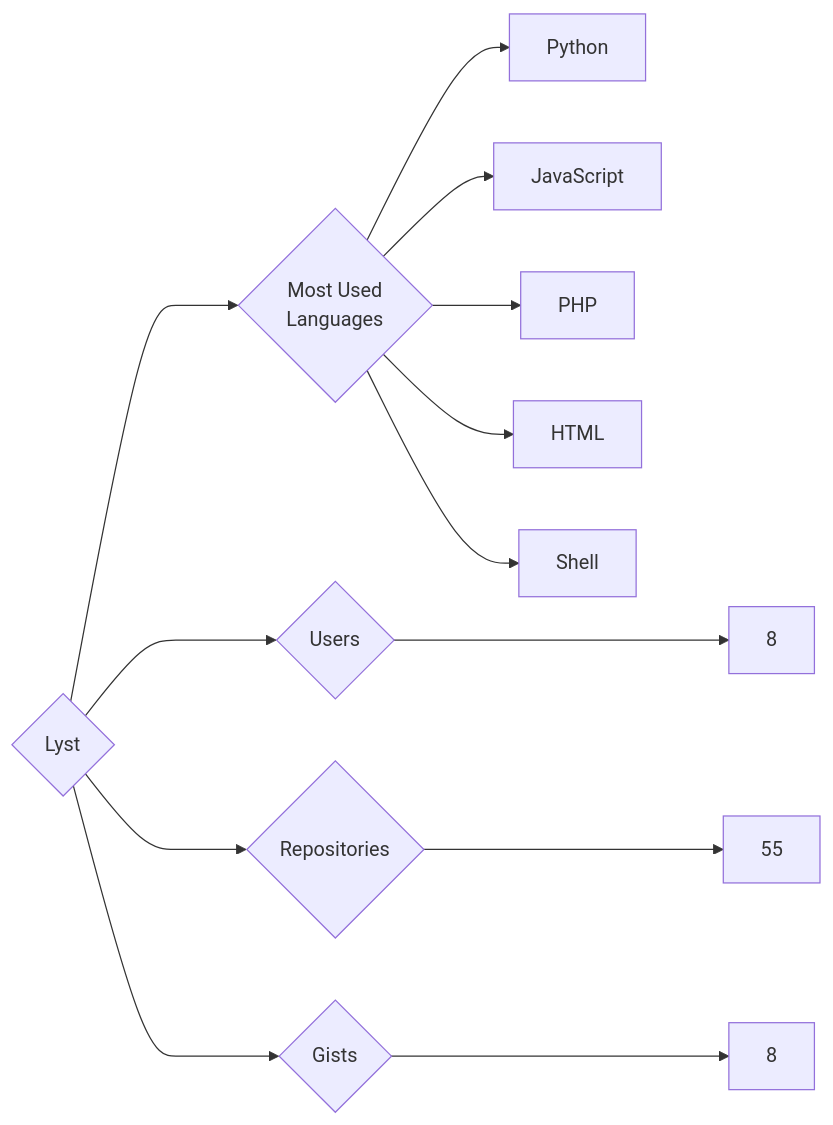
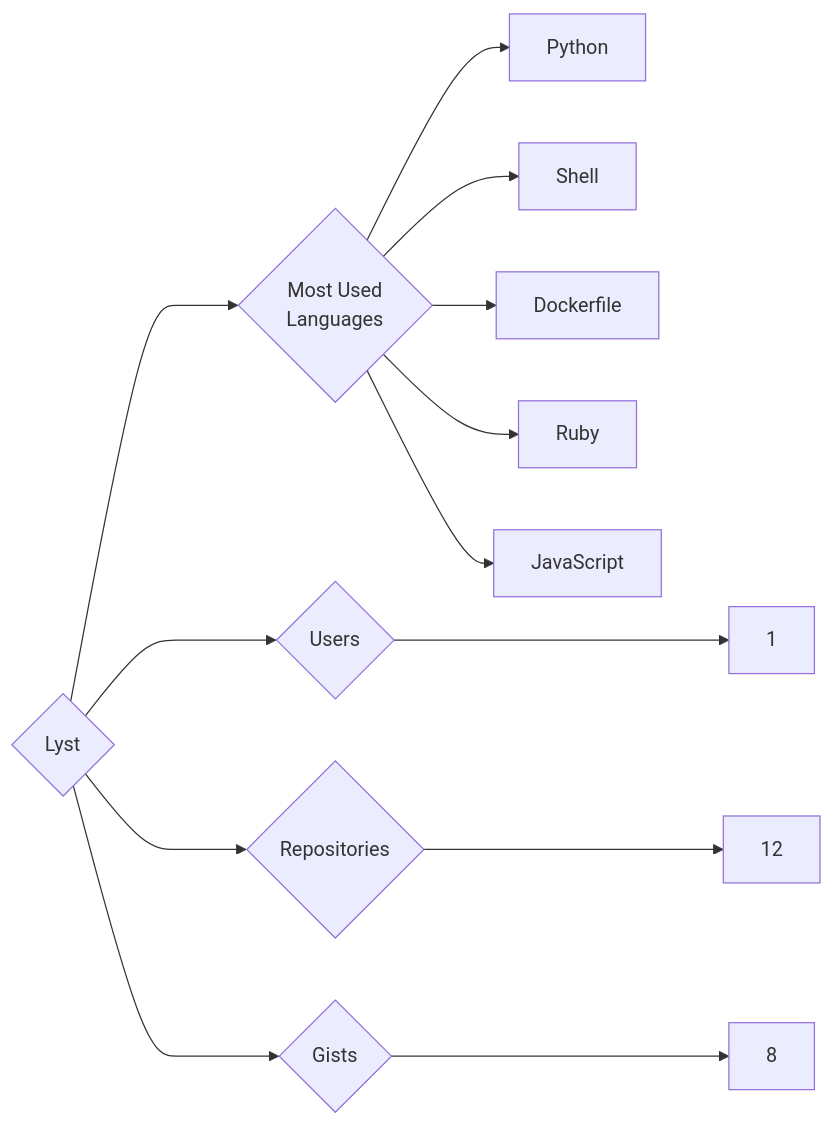
One commit to trickest/insiders changed the diagram in targets/Lyst/README.md. Above: the diagram before and after it, drawn with Mermaid. The commit also changed 622 other files, not shown here.

````diff
--- a/targets/Lyst/README.md
+++ b/targets/Lyst/README.md
@@ -3,13 +3,13 @@
 ```mermaid
 graph LR
 COMPANY_NAME{Lyst}
-COMPANY_NAME ---> U{Users} ---> UN[8]
-COMPANY_NAME ---> R{Repositories} ---> RN[55]
+COMPANY_NAME ---> U{Users} ---> UN[1]
+COMPANY_NAME ---> R{Repositories} ---> RN[12]
 COMPANY_NAME ---> G{Gists} ---> GN[8]
 COMPANY_NAME ---> ML{Most Used<br>Languages}
 ML --> Python[Python]
+ML --> Shell[Shell]
+ML --> Dockerfile[Dockerfile]
+ML --> Ruby[Ruby]
 ML --> JavaScript[JavaScript]
-ML --> PHP[PHP]
-ML --> HTML[HTML]
-ML --> Shell[Shell]
 ```
````
